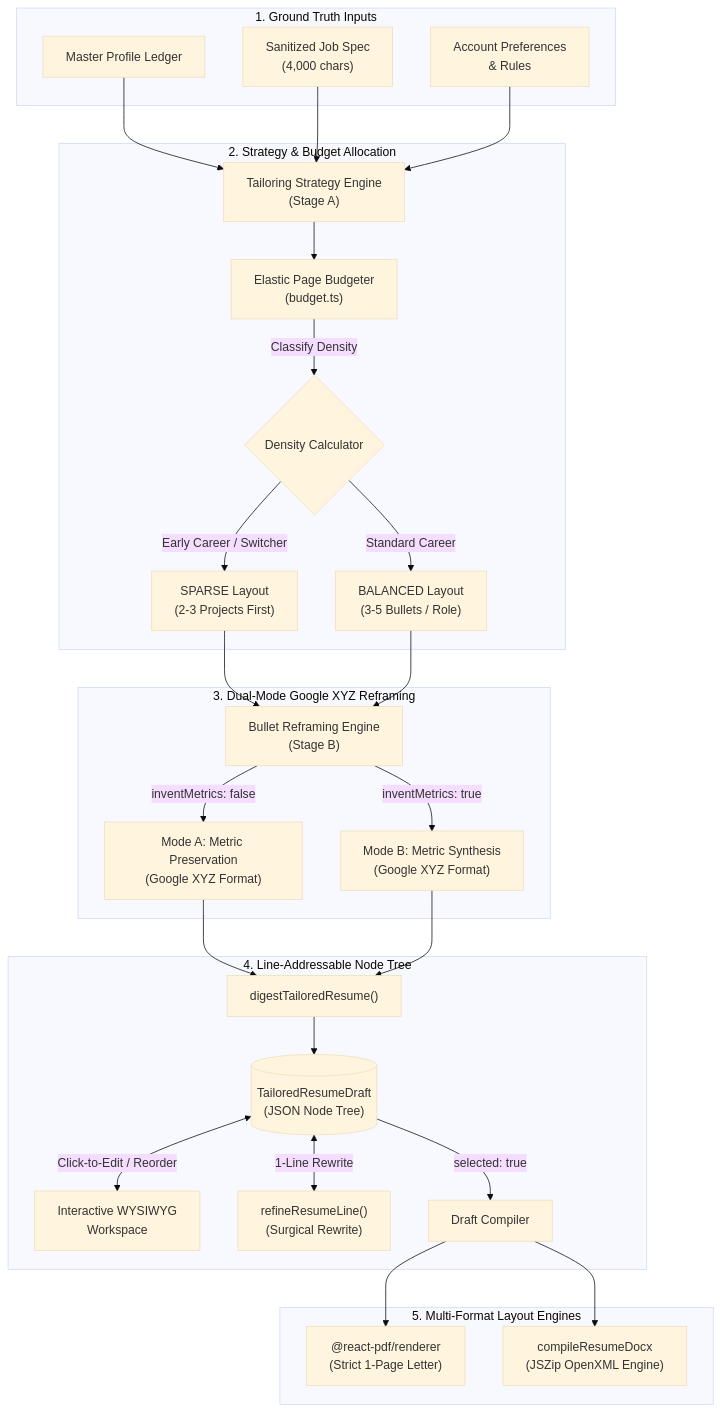
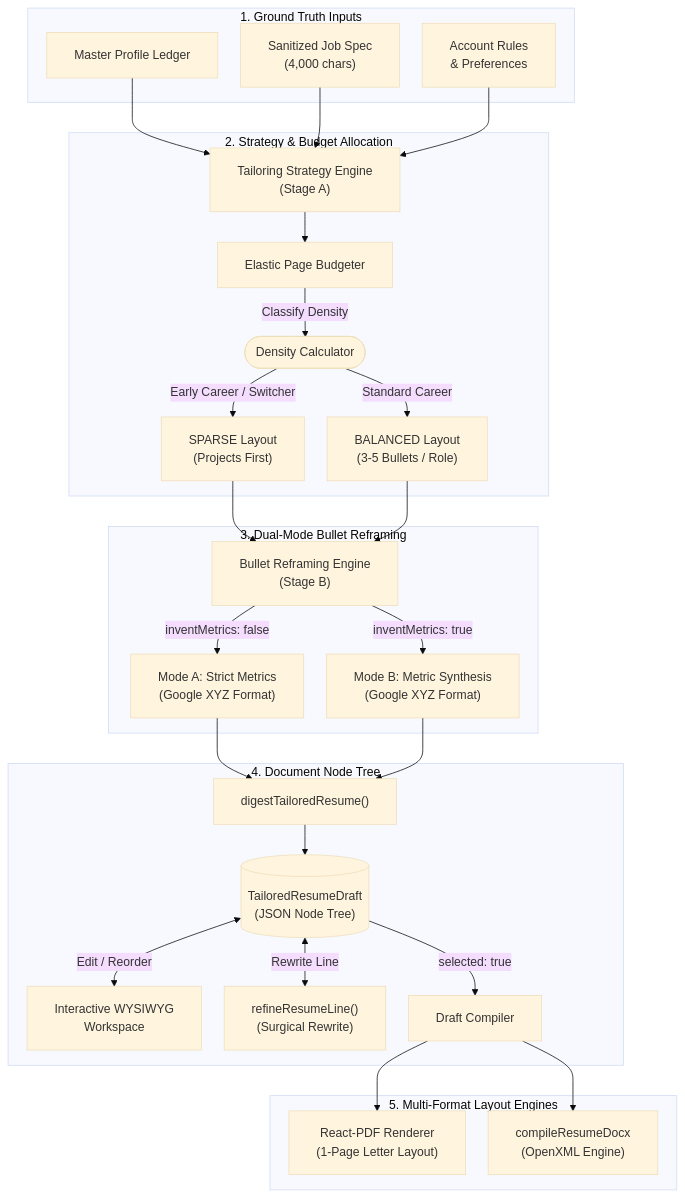
The third of 4 diagrams in README.md (Marqlo-C/mailpilot), drawn with Mermaid (base theme) before and after one commit. The commit also changed other lines of this file, not shown here.

Commit message:
docs(readme): inject mermaid init padding directives and replace clipped diamond nodes with stadium shapes

````diff
--- a/README.md
+++ b/README.md
@@ -449,35 +451,36 @@
 ```mermaid
+%%{init: {'flowchart': {'padding': 18, 'nodeSpacing': 30, 'rankSpacing': 40}}}%%
 flowchart TD
   subgraph Input["1. Ground Truth Inputs"]
     MP["Master Profile Ledger"]
     SPEC["Sanitized Job Spec<br/>(4,000 chars)"]
-    RULES["Account Preferences<br/>& Rules"]
+    RULES["Account Rules<br/>& Preferences"]
   end
 
   subgraph StageA["2. Strategy & Budget Allocation"]
     MP & SPEC & RULES --> STRAT["Tailoring Strategy Engine<br/>(Stage A)"]
-    STRAT --> BUDGET["Elastic Page Budgeter<br/>(budget.ts)"]
-    BUDGET -->|Classify Density| DENSE{"Density Calculator"}
-    DENSE -->|Early Career / Switcher| SPARSE["SPARSE Layout<br/>(2-3 Projects First)"]
+    STRAT --> BUDGET["Elastic Page Budgeter"]
+    BUDGET -->|Classify Density| DENSE(["Density Calculator"])
+    DENSE -->|Early Career / Switcher| SPARSE["SPARSE Layout<br/>(Projects First)"]
     DENSE -->|Standard Career| BALANCED["BALANCED Layout<br/>(3-5 Bullets / Role)"]
   end
 
-  subgraph StageB["3. Dual-Mode Google XYZ Reframing"]
+  subgraph StageB["3. Dual-Mode Bullet Reframing"]
     SPARSE & BALANCED --> REFRAME["Bullet Reframing Engine<br/>(Stage B)"]
-    REFRAME -->|inventMetrics: false| MODEA["Mode A: Metric Preservation<br/>(Google XYZ Format)"]
+    REFRAME -->|inventMetrics: false| MODEA["Mode A: Strict Metrics<br/>(Google XYZ Format)"]
     REFRAME -->|inventMetrics: true| MODEB["Mode B: Metric Synthesis<br/>(Google XYZ Format)"]
   end
 
-  subgraph DraftTree["4. Line-Addressable Node Tree"]
+  subgraph DraftTree["4. Document Node Tree"]
     MODEA & MODEB --> DIGEST["digestTailoredResume()"]
     DIGEST --> TREE[("TailoredResumeDraft<br/>(JSON Node Tree)")]
-    TREE <-->|Click-to-Edit / Reorder| UI["Interactive WYSIWYG<br/>Workspace"]
-    TREE <-->|1-Line Rewrite| REFINE["refineResumeLine()<br/>(Surgical Rewrite)"]
+    TREE <-->|Edit / Reorder| UI["Interactive WYSIWYG<br/>Workspace"]
+    TREE <-->|Rewrite Line| REFINE["refineResumeLine()<br/>(Surgical Rewrite)"]
     TREE -->|selected: true| COMP["Draft Compiler"]
   end
 
   subgraph Output["5. Multi-Format Layout Engines"]
-    COMP --> PDF["@react-pdf/renderer<br/>(Strict 1-Page Letter)"]
-    COMP --> DOCX["compileResumeDocx<br/>(JSZip OpenXML Engine)"]
+    COMP --> PDF["React-PDF Renderer<br/>(1-Page Letter Layout)"]
+    COMP --> DOCX["compileResumeDocx<br/>(OpenXML Engine)"]
   end
 ```
````
